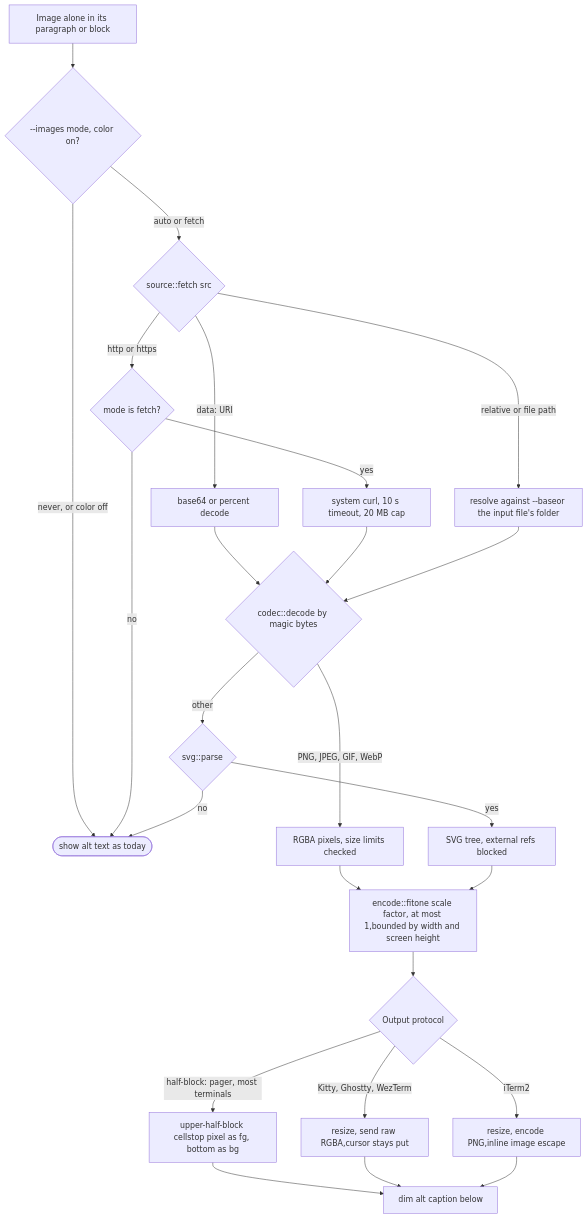
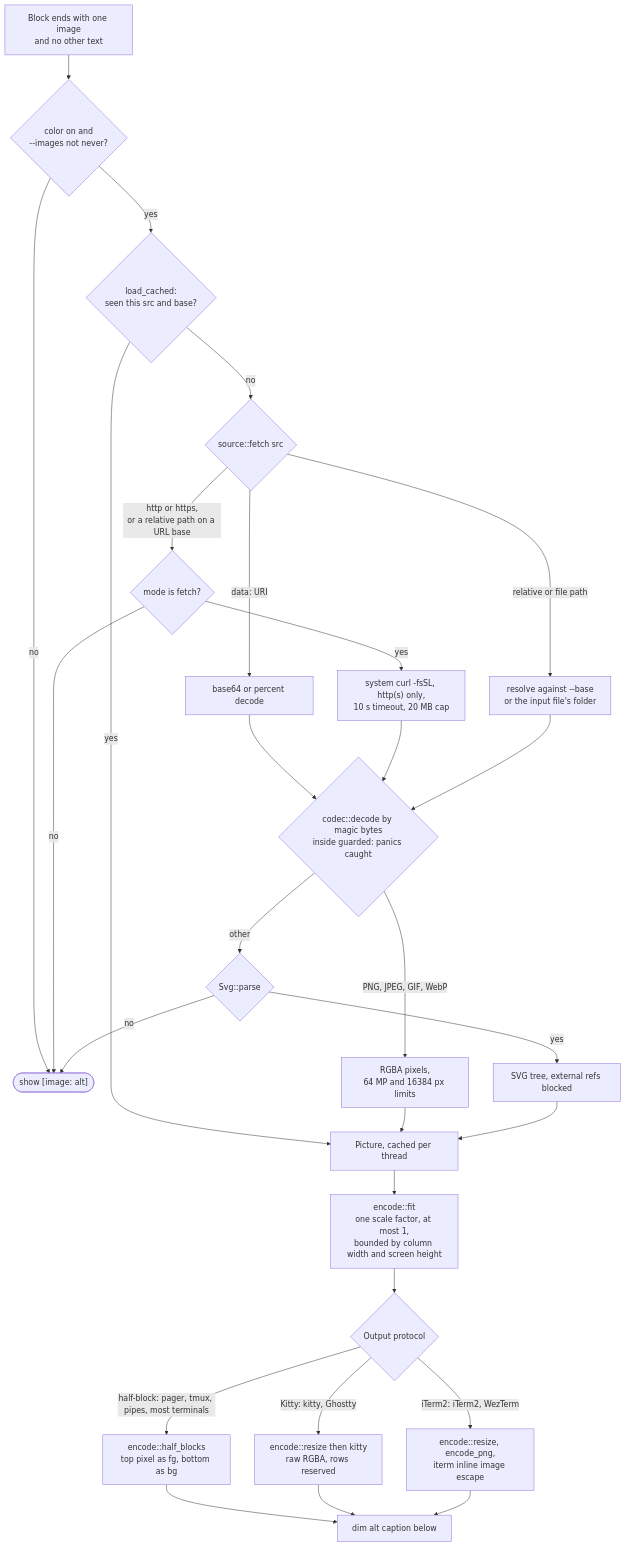
The seventh of 8 diagrams in docs/muLogicMaps.md (machinageist/mu), drawn with Mermaid before and after one commit. The commit also changed other lines of this file and 2 other files, not shown here.

````diff
--- a/docs/muLogicMaps.md
+++ b/docs/muLogicMaps.md
@@ -237,28 +243,30 @@
 ```mermaid
 flowchart TD
-  IMG["Image alone in its paragraph or block"] --> MODE{"--images mode, color on?"}
-  MODE -->|"never, or color off"| ALT(["show alt text as today"])
-  MODE -->|"auto or fetch"| SRC{"source::fetch src"}
+  IMG["Block ends with one image<br/>and no other text"] --> MODE{"color on and<br/>--images not never?"}
+  MODE -->|"no"| ALT(["show [image: alt]"])
+  MODE -->|"yes"| CACHE{"load_cached:<br/>seen this src and base?"}
+  CACHE -->|"yes"| PIC
+  CACHE -->|"no"| SRC{"source::fetch src"}
   SRC -->|"data: URI"| B64["base64 or percent decode"]
-  SRC -->|"http or https"| NET{"mode is fetch?"}
-  NET -->|"yes"| CURL["system curl, 10 s timeout, 20 MB cap"]
+  SRC -->|"http or https,<br/>or a relative path on a URL base"| NET{"mode is fetch?"}
+  NET -->|"yes"| CURL["system curl -fsSL, http(s) only,<br/>10 s timeout, 20 MB cap"]
   NET -->|"no"| ALT
-  SRC -->|"relative or file path"| PATH["resolve against --baseor the input file's folder"]
-  B64 --> DEC{"codec::decode by magic bytes"}
+  SRC -->|"relative or file path"| PATH["resolve against --base<br/>or the input file's folder"]
+  B64 --> DEC{"codec::decode by magic bytes<br/>inside guarded: panics caught"}
   CURL --> DEC
   PATH --> DEC
-  DEC -->|"PNG, JPEG, GIF, WebP"| RAS["RGBA pixels, size limits checked"]
-  DEC -->|"other"| SVG{"svg::parse"}
+  DEC -->|"PNG, JPEG, GIF, WebP"| RAS["RGBA pixels,<br/>64 MP and 16384 px limits"]
+  DEC -->|"other"| SVG{"Svg::parse"}
   SVG -->|"yes"| VEC["SVG tree, external refs blocked"]
   SVG -->|"no"| ALT
-  RAS --> FIT["encode::fitone scale factor, at most 1,bounded by width and screen height"]
-  VEC --> FIT
+  RAS --> PIC["Picture, cached per thread"]
+  VEC --> PIC
+  PIC --> FIT["encode::fit<br/>one scale factor, at most 1,<br/>bounded by column width and screen height"]
   FIT --> PR{"Output protocol"}
-  PR -->|"half-block: pager, most terminals"| HB["upper-half-block cellstop pixel as fg, bottom as bg"]
-  PR -->|"Kitty, Ghostty, WezTerm"| KI["resize, send raw RGBA,cursor stays put"]
-  PR -->|"iTerm2"| IT["resize, encode PNG,inline image escape"]
+  PR -->|"half-block: pager, tmux, pipes, most terminals"| HB["encode::half_blocks<br/>top pixel as fg, bottom as bg"]
+  PR -->|"Kitty: kitty, Ghostty"| KI["encode::resize then kitty<br/>raw RGBA, rows reserved"]
+  PR -->|"iTerm2: iTerm2, WezTerm"| IT["encode::resize, encode_png,<br/>iterm inline image escape"]
   HB --> CAP["dim alt caption below"]
   KI --> CAP
   IT --> CAP
-    
 ```
````
